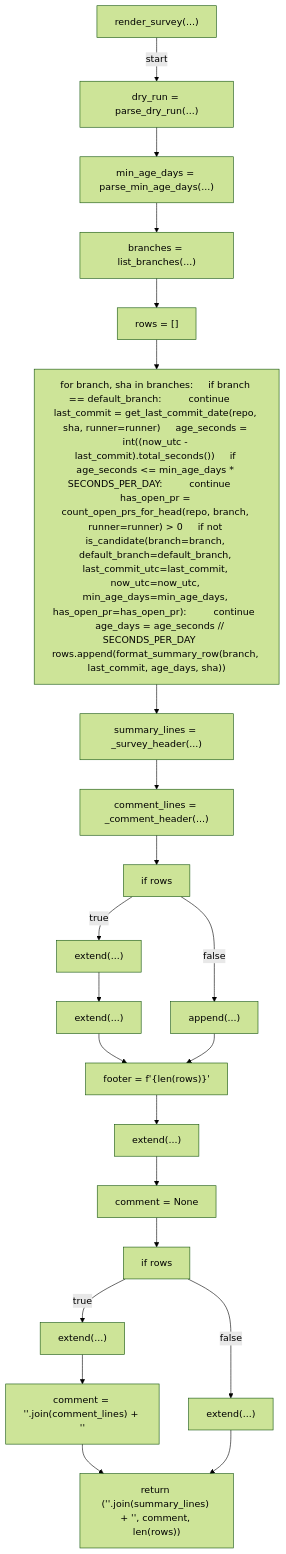
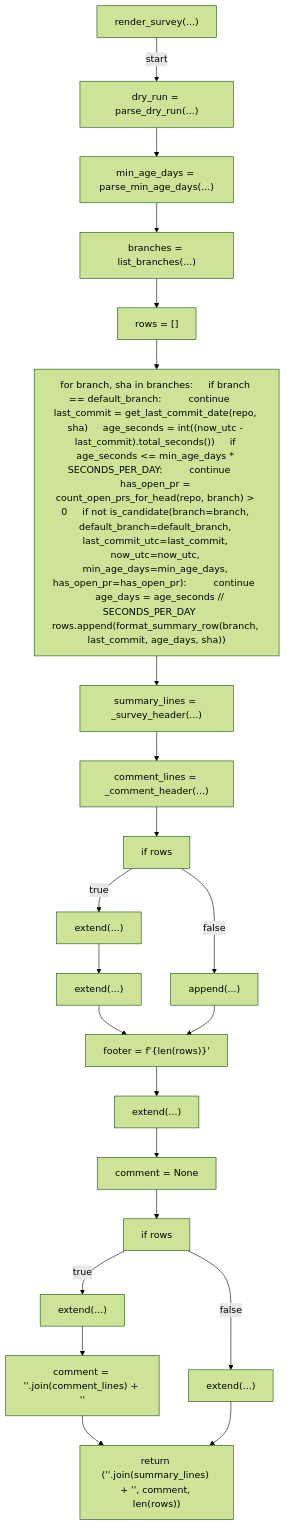
One commit to tvna/claude-md changed diagram 15 of 25 in docs/generated/scripts/ast/branch_cleanup.md. Above: the diagram before and after it, drawn with Mermaid (forest theme). The commit also changed other lines of this file and 15 other files, not shown here.

First line of the commit message:
docs(generated): regenerate decision tree and workflow diagrams

````diff
--- a/docs/generated/scripts/ast/branch_cleanup.md
+++ b/docs/generated/scripts/ast/branch_cleanup.md
@@ -192,44 +213,44 @@
 ```mermaid
 flowchart TD
     N001["render_survey(...)"]
     N002["dry_run = parse_dry_run(...)"]
     N003["min_age_days = parse_min_age_days(...)"]
     N004["branches = list_branches(...)"]
     N005["rows = []"]
-    N006["for branch, sha in branches:     if branch == default_branch:         continue     last_commit = get_last_commit_date(repo, sha, runner=runner)     age_seconds = int((now_utc - last_commit).total_seconds())     if age_seconds <= min_age_days * SECONDS_PER_DAY:         continue     has_open_pr = count_open_prs_for_head(repo, branch, runner=runner) > 0     if not is_candidate(branch=branch, default_branch=default_branch, last_commit_utc=last_commit, now_utc=now_utc, min_age_days=min_age_days, has_open_pr=has_open_pr):         continue     age_days = age_seconds // SECONDS_PER_DAY     rows.append(format_summary_row(branch, last_commit, age_days, sha))"]
+    N006["for branch, sha in branches:     if branch == default_branch:         continue     last_commit = get_last_commit_date(repo, sha)     age_seconds = int((now_utc - last_commit).total_seconds())     if age_seconds <= min_age_days * SECONDS_PER_DAY:         continue     has_open_pr = count_open_prs_for_head(repo, branch) > 0     if not is_candidate(branch=branch, default_branch=default_branch, last_commit_utc=last_commit, now_utc=now_utc, min_age_days=min_age_days, has_open_pr=has_open_pr):         continue     age_days = age_seconds // SECONDS_PER_DAY     rows.append(format_summary_row(branch, last_commit, age_days, sha))"]
     N007["summary_lines = _survey_header(...)"]
     N008["comment_lines = _comment_header(...)"]
     N009["if rows"]
     N010["extend(...)"]
     N011["extend(...)"]
     N012["append(...)"]
     N013["footer = f'<str>{len(rows)}<str>'"]
     N014["extend(...)"]
     N015["comment = None"]
     N016["if rows"]
     N017["extend(...)"]
     N018["comment = '<str>'.join(comment_lines) + '<str>'"]
     N019["extend(...)"]
     N020["return ('<str>'.join(summary_lines) + '<str>', comment, len(rows))"]
     N001 -->|"start"| N002
     N002 --> N003
     N003 --> N004
     N004 --> N005
     N005 --> N006
     N006 --> N007
     N007 --> N008
     N008 --> N009
     N009 -->|"true"| N010
     N010 --> N011
     N009 -->|"false"| N012
     N011 --> N013
     N012 --> N013
     N013 --> N014
     N014 --> N015
     N015 --> N016
     N016 -->|"true"| N017
     N017 --> N018
     N016 -->|"false"| N019
     N018 --> N020
     N019 --> N020
 ```
````
